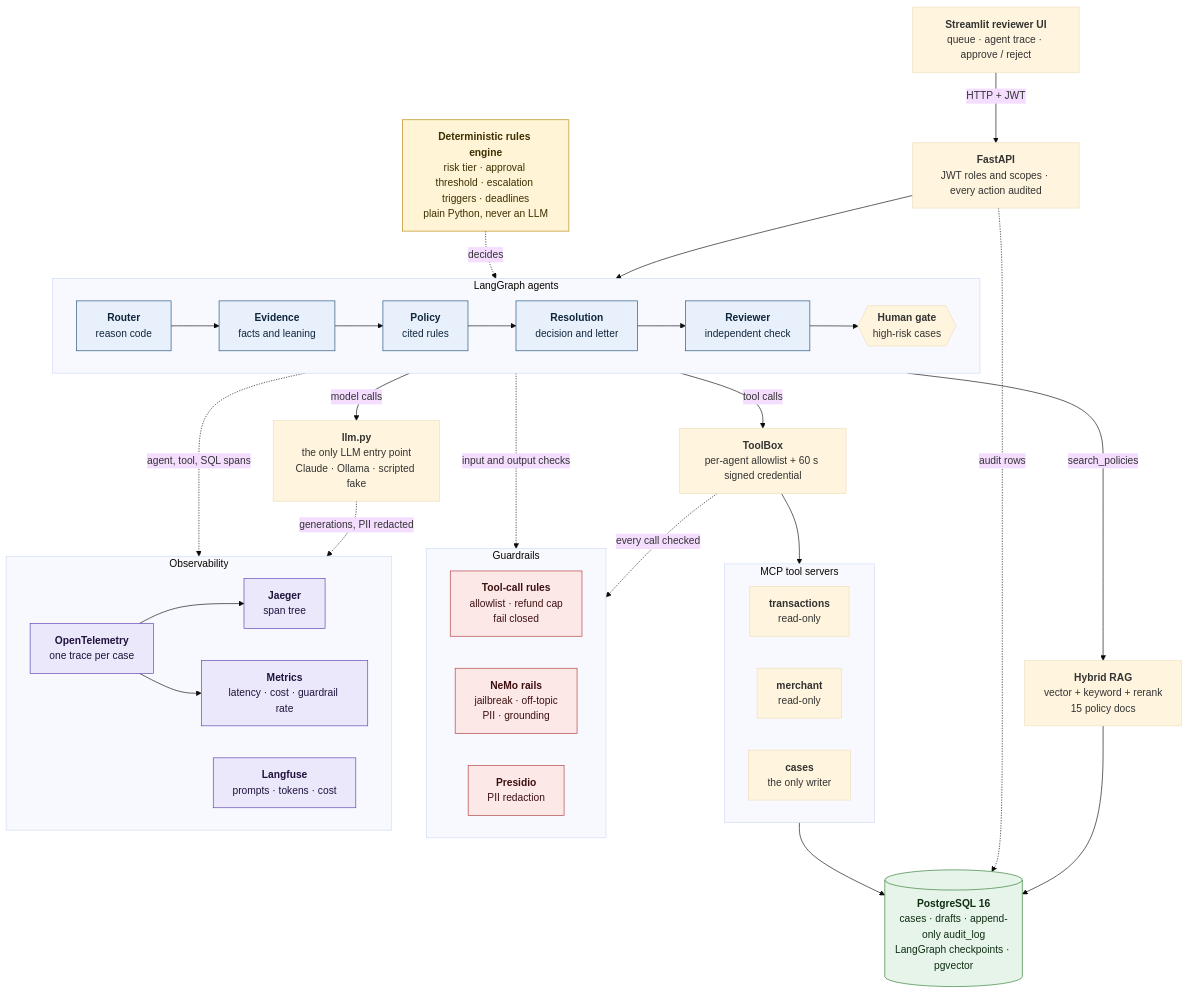
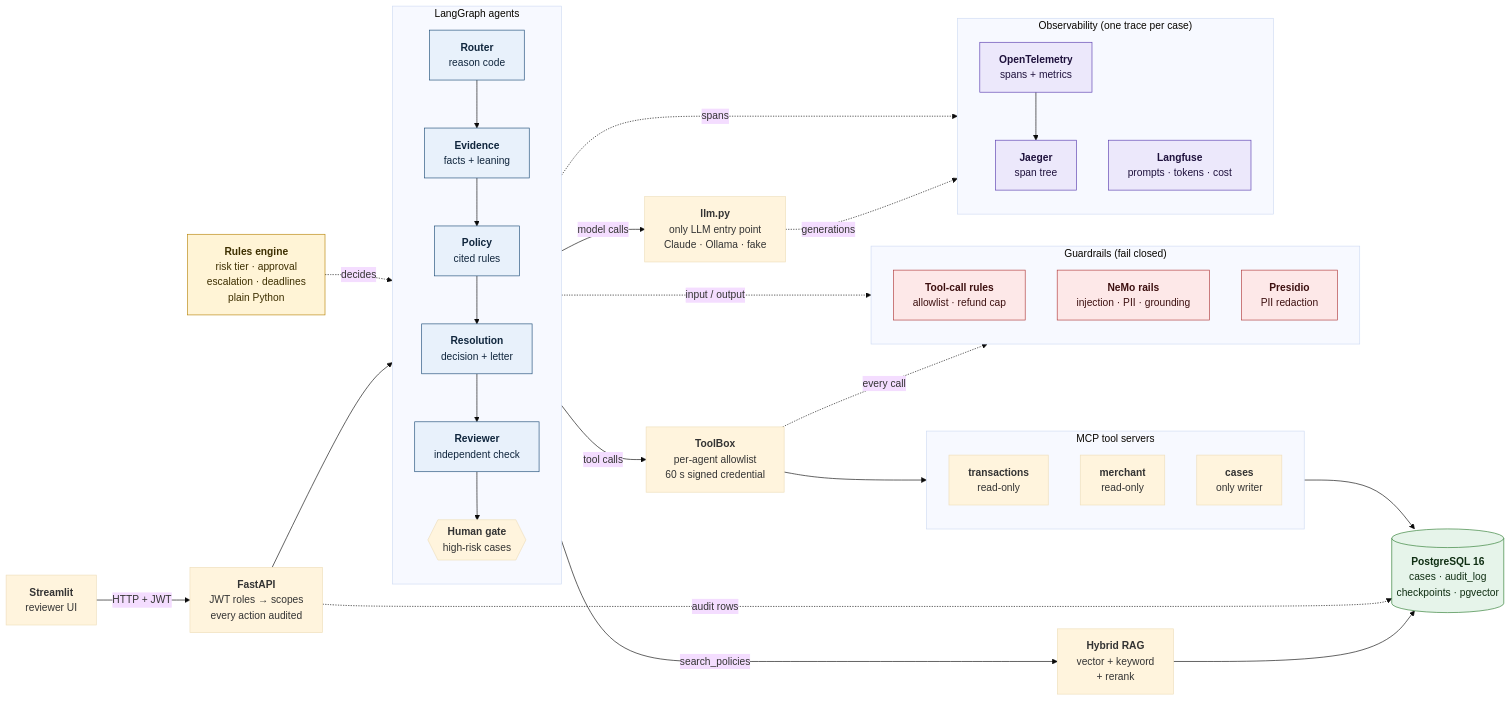
Before and after one commit to srinivasvarala/DisputeDesk-Multi-Agent-Card-Dispute-Resolution-Platform: the first of 2 diagrams in README.md, drawn with Mermaid (base theme). The commit also changed other lines of this file, not shown here.

First line of the commit message:
docs: put evals up front, restructure README, wide architecture diagram

````diff
--- a/README.md
+++ b/README.md
@@ -61,64 +65,70 @@
 ```mermaid
-flowchart TB
-    UI["<b>Streamlit reviewer UI</b><br/>queue · agent trace · approve / reject"]
-    API["<b>FastAPI</b><br/>JWT roles and scopes · every action audited"]
+flowchart LR
+    UI["<b>Streamlit</b><br/>reviewer UI"]
+    API["<b>FastAPI</b><br/>JWT roles → scopes<br/>every action audited"]
     UI -->|"HTTP + JWT"| API
 
     subgraph ORCH["LangGraph agents"]
-        direction LR
-        R["<b>Router</b><br/>reason code"] --> E["<b>Evidence</b><br/>facts and leaning"] --> P["<b>Policy</b><br/>cited rules"] --> RES["<b>Resolution</b><br/>decision and letter"] --> REV["<b>Reviewer</b><br/>independent check"] --> G{{"<b>Human gate</b><br/>high-risk cases"}}
+        direction TB
+        R["<b>Router</b><br/>reason code"] --> E["<b>Evidence</b><br/>facts + leaning"]
+        E --> P["<b>Policy</b><br/>cited rules"]
+        P --> RES["<b>Resolution</b><br/>decision + letter"]
+        RES --> REV["<b>Reviewer</b><br/>independent check"]
+        REV --> G{{"<b>Human gate</b><br/>high-risk cases"}}
     end
     API --> ORCH
 
-    RULES["<b>Deterministic rules engine</b><br/>risk tier · approval threshold · escalation triggers · deadlines<br/>plain Python, never an LLM"]
+    RULES["<b>Rules engine</b><br/>risk tier · approval<br/>escalation · deadlines<br/>plain Python"]
     RULES -.->|"decides"| ORCH
 
-    TB["<b>ToolBox</b><br/>per-agent allowlist + 60 s signed credential"]
-    LLM["<b>llm.py</b><br/>the only LLM entry point<br/>Claude · Ollama · scripted fake"]
-    RAG["<b>Hybrid RAG</b><br/>vector + keyword + rerank<br/>15 policy docs"]
+    TB["<b>ToolBox</b><br/>per-agent allowlist<br/>60 s signed credential"]
     ORCH -->|"tool calls"| TB
-    ORCH -->|"model calls"| LLM
-    ORCH -->|"search_policies"| RAG
 
     subgraph MCP["MCP tool servers"]
-        direction LR
+        direction TB
         TXN["<b>transactions</b><br/>read-only"]
         MER["<b>merchant</b><br/>read-only"]
-        CAS["<b>cases</b><br/>the only writer"]
+        CAS["<b>cases</b><br/>only writer"]
     end
     TB --> MCP
 
-    PG[("<b>PostgreSQL 16</b><br/>cases · drafts · append-only audit_log<br/>LangGraph checkpoints · pgvector")]
+    RAG["<b>Hybrid RAG</b><br/>vector + keyword<br/>+ rerank"]
+    LLM["<b>llm.py</b><br/>only LLM entry point<br/>Claude · Ollama · fake"]
+    ORCH -->|"search_policies"| RAG
+    ORCH -->|"model calls"| LLM
+
+    PG[("<b>PostgreSQL 16</b><br/>cases · audit_log<br/>checkpoints · pgvector")]
     MCP --> PG
     RAG --> PG
     API -.->|"audit rows"| PG
 
-    subgraph GUARD["Guardrails"]
-        direction LR
-        G1["<b>Tool-call rules</b><br/>allowlist · refund cap<br/>fail closed"]
-        G2["<b>NeMo rails</b><br/>jailbreak · off-topic<br/>PII · grounding"]
+    subgraph GUARD["Guardrails (fail closed)"]
+        direction TB
+        G1["<b>Tool-call rules</b><br/>allowlist · refund cap"]
+        G2["<b>NeMo rails</b><br/>injection · PII · grounding"]
         G3["<b>Presidio</b><br/>PII redaction"]
     end
-    TB -.->|"every call checked"| GUARD
-    ORCH -.->|"input and output checks"| GUARD
+    TB -.->|"every call"| GUARD
+    ORCH -.->|"input / output"| GUARD
 
-    subgraph OBS["Observability"]
-        direction LR
-        OT["<b>OpenTelemetry</b><br/>one trace per case"] --> JG["<b>Jaeger</b><br/>span tree"]
-        OT --> MT["<b>Metrics</b><br/>latency · cost · guardrail rate"]
+    subgraph OBS["Observability (one trace per case)"]
+        direction TB
+        OT["<b>OpenTelemetry</b><br/>spans + metrics"]
+        JG["<b>Jaeger</b><br/>span tree"]
         LF["<b>Langfuse</b><br/>prompts · tokens · cost"]
+        OT --> JG
     end
-    ORCH -.->|"agent, tool, SQL spans"| OT
-    LLM -.->|"generations, PII redacted"| LF
+    ORCH -.->|"spans"| OT
+    LLM -.->|"generations"| LF
 
     classDef agent fill:#e8f1fb,stroke:#1f4e79,color:#10263d
     classDef rules fill:#fff4d6,stroke:#b8860b,color:#3d2f00
     classDef guard fill:#fde8e8,stroke:#b03a3a,color:#3d1010
     classDef obs fill:#ece8fb,stroke:#5b3fb0,color:#1f123d
     classDef data fill:#e6f4ea,stroke:#2e7d32,color:#0f2e12
     class R,E,P,RES,REV agent
     class RULES rules
     class G1,G2,G3 guard
-    class OT,JG,MT,LF obs
+    class OT,JG,LF obs
     class PG data
 ```
````
